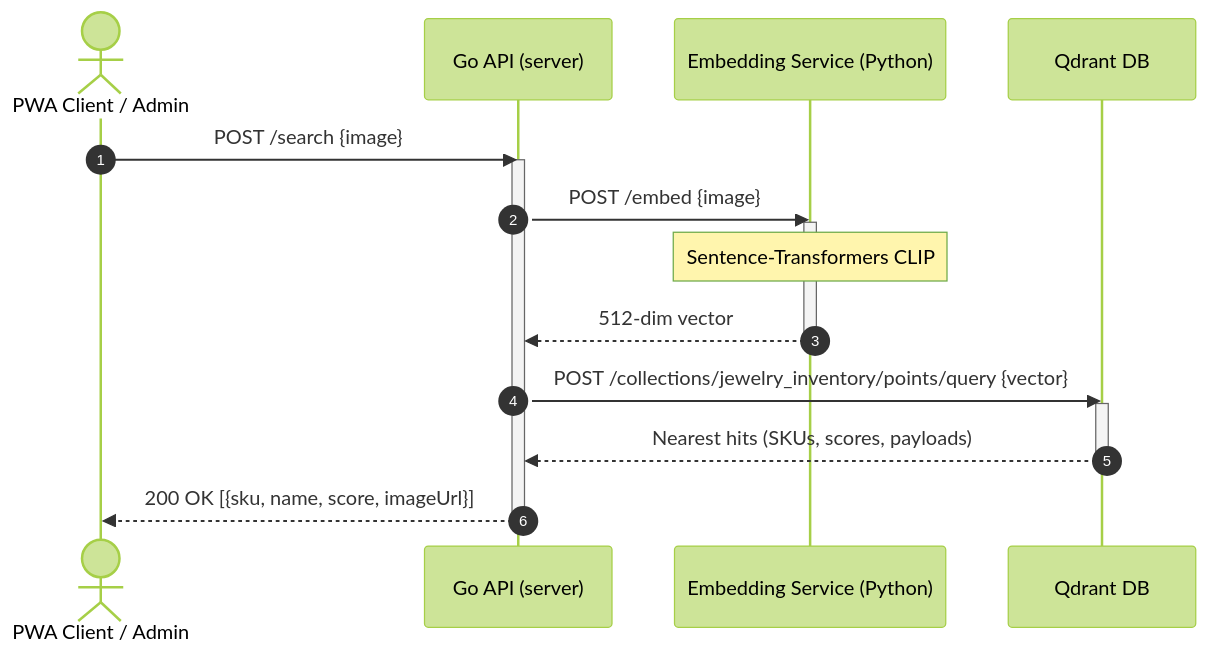
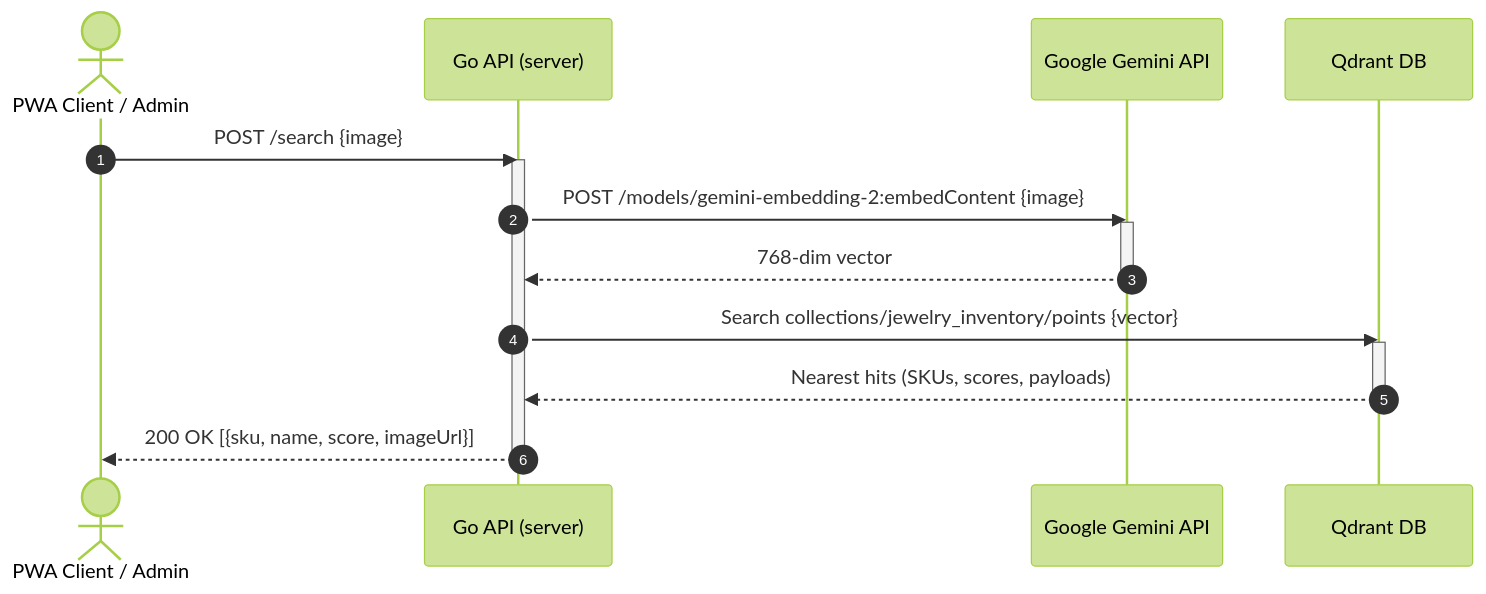
The second of 4 diagrams in docs/api_sequence_diagrams.md (lupohirp/ShelfScan), drawn with Mermaid (forest theme) before and after one commit. The commit also changed other lines of this file, not shown here.

````diff
--- a/docs/api_sequence_diagrams.md
+++ b/docs/api_sequence_diagrams.md
@@ -55,22 +57,24 @@
 ```mermaid
 sequenceDiagram
     autonumber
     actor Client as PWA Client / Admin
     participant API as Go API (server)
-    participant ML as Embedding Service (Python)
+    participant GeminiAPI as Google Gemini API
     participant Qdrant as Qdrant DB
 
     Client->>API: POST /search {image}
     activate API
-    API->>ML: POST /embed {image}
-    activate ML
-    Note over ML: Sentence-Transformers CLIP
-    ML-->>API: 512-dim vector
-    deactivate ML
-    API->>Qdrant: POST /collections/jewelry_inventory/points/query {vector}
+    
+    API->>GeminiAPI: POST /models/gemini-embedding-2:embedContent {image}
+    activate GeminiAPI
+    GeminiAPI-->>API: 768-dim vector
+    deactivate GeminiAPI
+    
+    API->>Qdrant: Search collections/jewelry_inventory/points {vector}
     activate Qdrant
     Qdrant-->>API: Nearest hits (SKUs, scores, payloads)
     deactivate Qdrant
+    
     API-->>Client: 200 OK [{sku, name, score, imageUrl}]
     deactivate API
 ```
````
